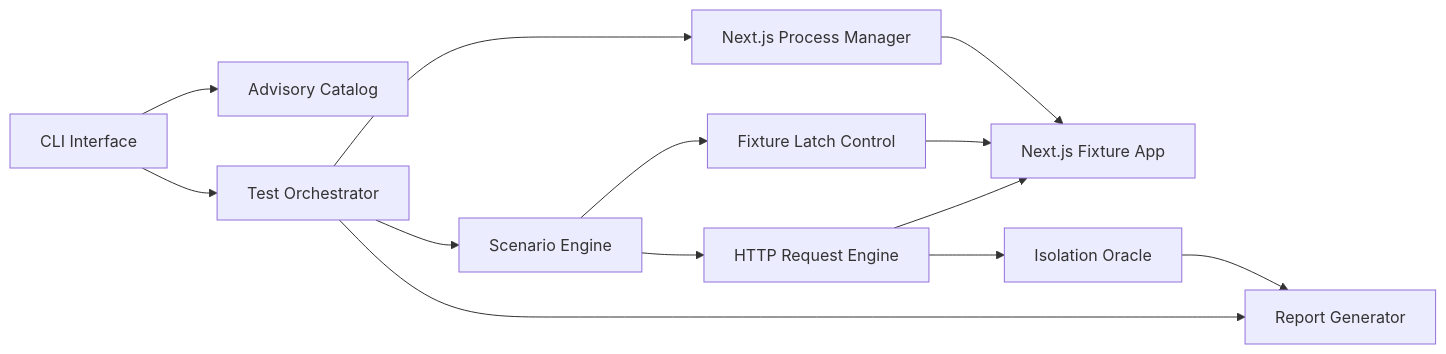
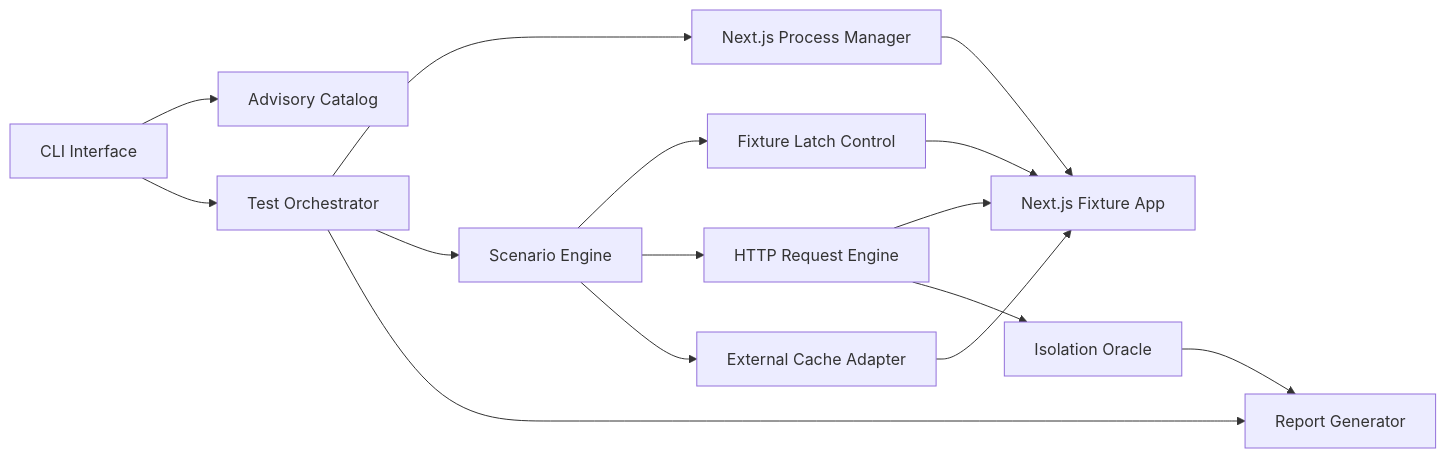
The first of 3 diagrams in docs/architecture/system-overview.md (fernandogbs/next-cache-isolation), drawn with Mermaid before and after one commit. The commit also changed other lines of this file and 32 other files, not shown here.

````diff
--- a/docs/architecture/system-overview.md
+++ b/docs/architecture/system-overview.md
@@ -8,26 +8,29 @@
 ```mermaid
 flowchart LR
   CLI[CLI Interface]
   Catalog[Advisory Catalog]
   Orchestrator[Test Orchestrator]
   ProcessMgr[Next.js Process Manager]
   ScenarioEng[Scenario Engine]
   Latch[Fixture Latch Control]
   HTTP[HTTP Request Engine]
+  ExtCache[External Cache Adapter]
   App[Next.js Fixture App]
   Oracle[Isolation Oracle]
   Report[Report Generator]
 
   CLI --> Catalog
   CLI --> Orchestrator
   Orchestrator --> ProcessMgr
   Orchestrator --> ScenarioEng
   ScenarioEng --> Latch
   ScenarioEng --> HTTP
+  ScenarioEng --> ExtCache
   ProcessMgr --> App
   HTTP --> App
   Latch --> App
+  ExtCache --> App
   HTTP --> Oracle
   Oracle --> Report
   Orchestrator --> Report
 ```
````
